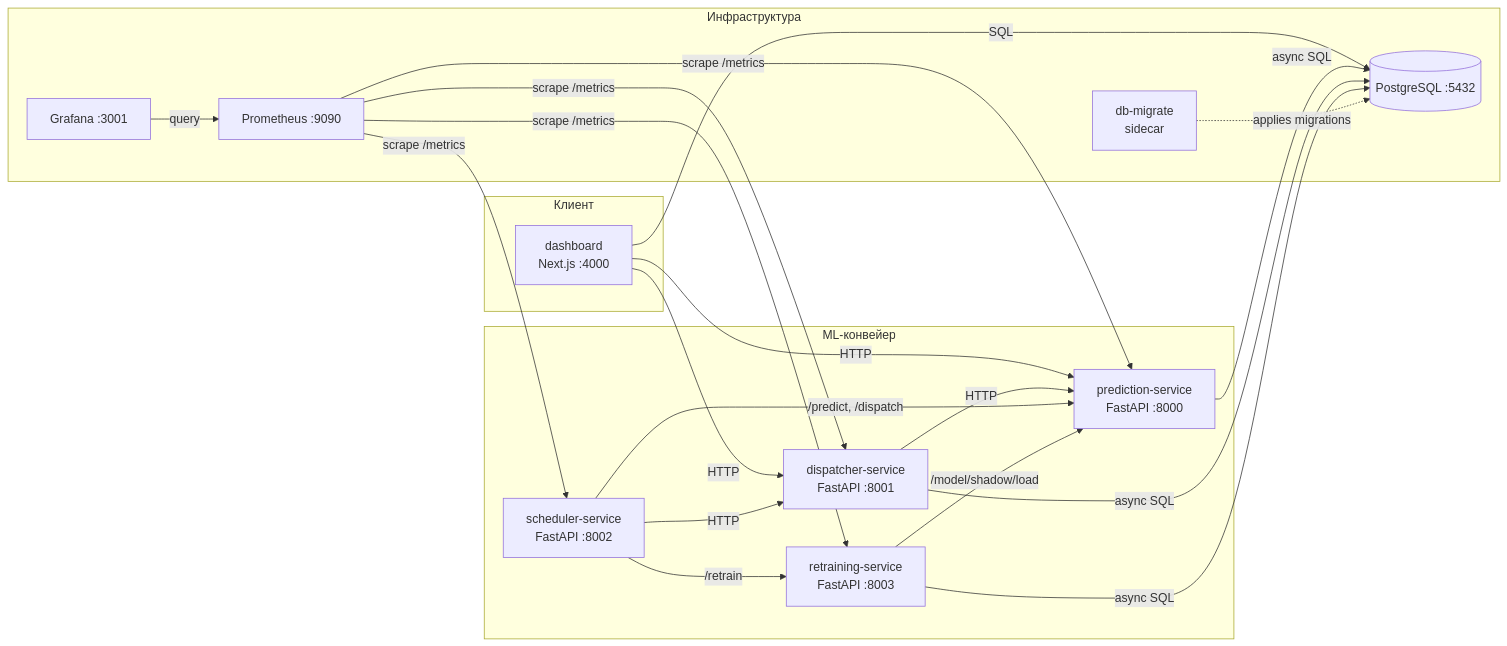
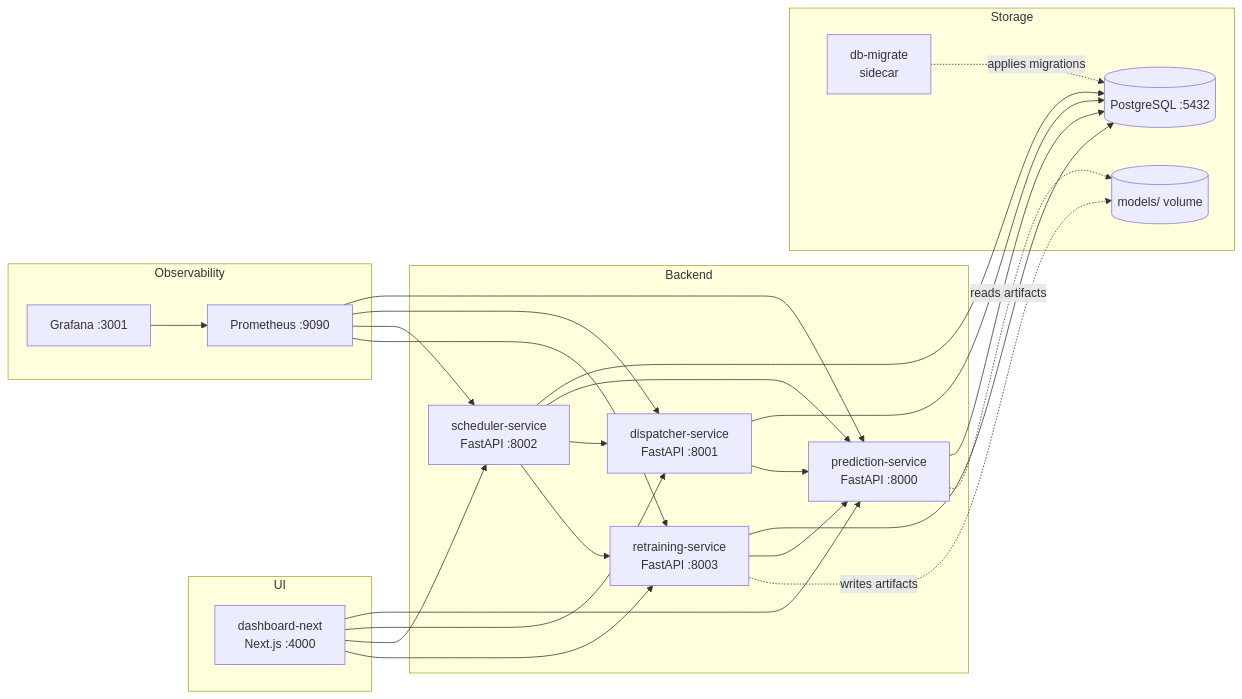
One commit to kxddry/WildHack changed the diagram in README.md. Above: the diagram before and after it, drawn with Mermaid. The commit also changed other lines of this file and 2 other files, not shown here.

````diff
--- a/README.md
+++ b/README.md
@@ -11,38 +49,50 @@
 ```mermaid
 graph LR
-    subgraph Клиент
-        D[dashboard<br/>Next.js :4000]
+    subgraph UI
+        DASH[dashboard-next<br/>Next.js :4000]
     end
 
-    subgraph "ML-конвейер"
-        PS[prediction-service<br/>FastAPI :8000]
-        DS[dispatcher-service<br/>FastAPI :8001]
-        SS[scheduler-service<br/>FastAPI :8002]
-        RS[retraining-service<br/>FastAPI :8003]
+    subgraph Backend
+        PRED[prediction-service<br/>FastAPI :8000]
+        DISP[dispatcher-service<br/>FastAPI :8001]
+        SCHED[scheduler-service<br/>FastAPI :8002]
+        RETR[retraining-service<br/>FastAPI :8003]
     end
 
-    subgraph Инфраструктура
+    subgraph Storage
         PG[(PostgreSQL :5432)]
         MIG[db-migrate<br/>sidecar]
-        PR[Prometheus :9090]
-        GR[Grafana :3001]
+        MODELS[(models/ volume)]
     end
 
-    D -->|HTTP| PS
-    D -->|HTTP| DS
-    D -->|SQL| PG
-    PS -->|async SQL| PG
-    DS -->|async SQL| PG
-    DS -->|HTTP| PS
-    SS -->|/predict, /dispatch| PS
-    SS -->|HTTP| DS
-    SS -->|/retrain| RS
-    RS -->|/model/shadow/load| PS
-    RS -->|async SQL| PG
-    MIG -.applies migrations.-> PG
-    PR -->|scrape /metrics| PS
-    PR -->|scrape /metrics| DS
-    PR -->|scrape /metrics| SS
-    PR -->|scrape /metrics| RS
-    GR -->|query| PR
+    subgraph Observability
+        PROM[Prometheus :9090]
+        GRAF[Grafana :3001]
+    end
+
+    DASH --> PRED
+    DASH --> DISP
+    DASH --> SCHED
+    DASH --> RETR
+
+    PRED --> PG
+    DISP --> PG
+    SCHED --> PG
+    RETR --> PG
+
+    DISP --> PRED
+    SCHED --> PRED
+    SCHED --> DISP
+    SCHED --> RETR
+    RETR --> PRED
+
+    MIG -. applies migrations .-> PG
+    RETR -. writes artifacts .-> MODELS
+    PRED -. reads artifacts .-> MODELS
+
+    PROM --> PRED
+    PROM --> DISP
+    PROM --> SCHED
+    PROM --> RETR
+    GRAF --> PROM
 ```
````
